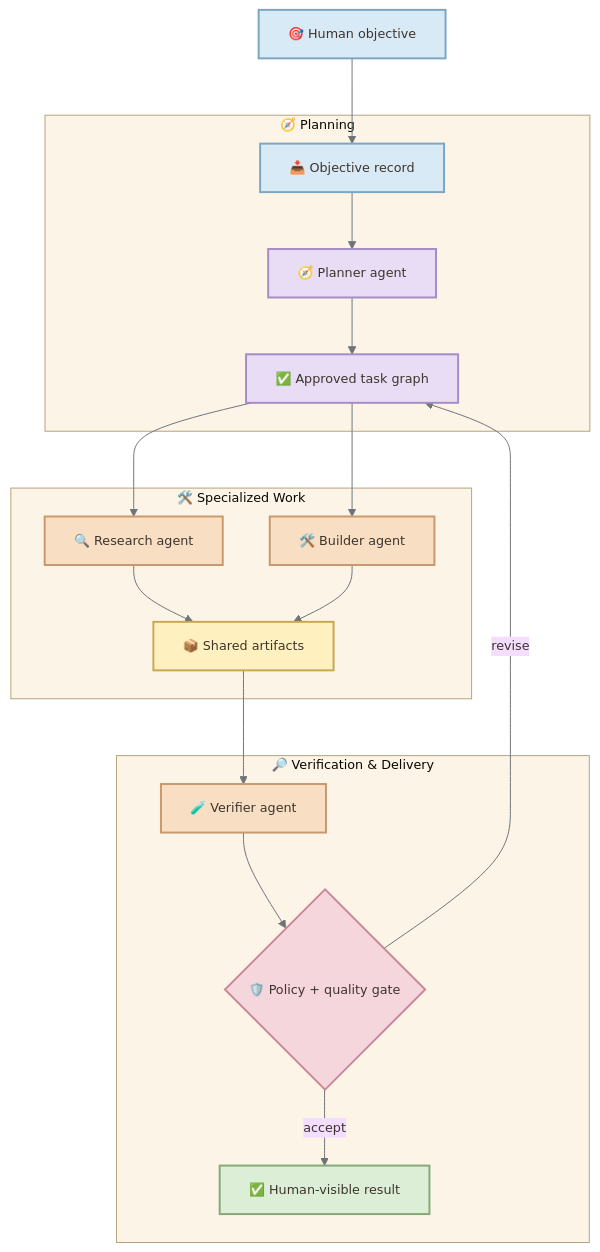
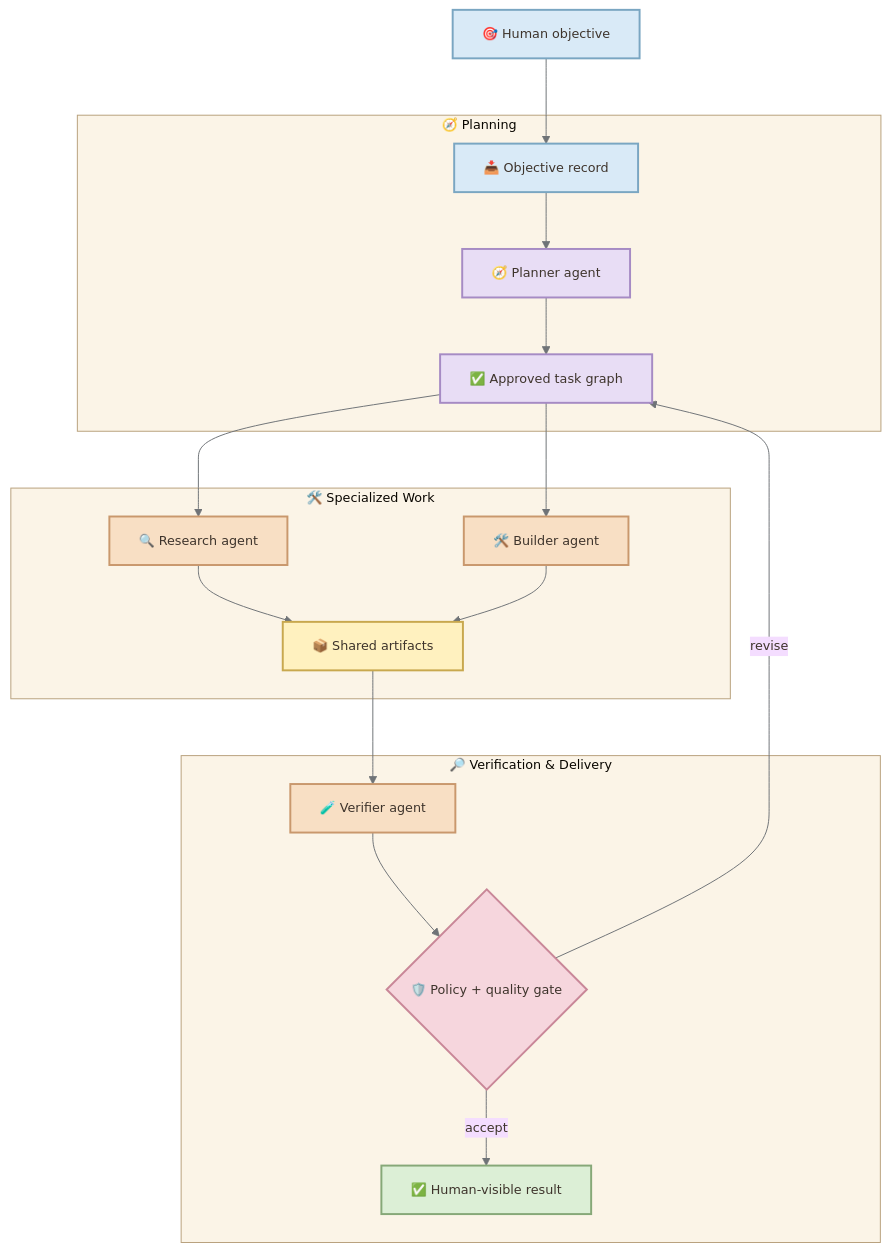
One commit to enogrob/enogrob.github.io changed the second of 3 diagrams in _posts/2026-09-23-the-agentic-monolith.md. Above: the diagram before and after it, drawn with Mermaid. The commit also changed other lines of this file and 1 other file, not shown here.

````diff
--- a/_posts/2026-09-23-the-agentic-monolith.md
+++ b/_posts/2026-09-23-the-agentic-monolith.md
@@ -277,33 +266,33 @@
 ```mermaid!
-%%{init: {'theme':'base','flowchart':{'useMaxWidth':true,'htmlLabels':true,'nodeSpacing':48,'rankSpacing':58,'curve':'basis'},'themeVariables':{'background':'#FFF8EF','primaryTextColor':'#3E342C','lineColor':'#6F7377','fontFamily':'Trebuchet MS, Verdana, sans-serif','fontSize':'13px','clusterBkg':'#FBF4E7','clusterBorder':'#B8A17D'}}}%%
+%%{init: {'theme':'base','flowchart':{'useMaxWidth':true,'htmlLabels':true,'nodeSpacing':180,'rankSpacing':58,'curve':'basis'},'themeVariables':{'background':'#FFF8EF','primaryTextColor':'#3E342C','lineColor':'#6F7377','fontFamily':'Trebuchet MS, Verdana, sans-serif','fontSize':'13px','clusterBkg':'#FBF4E7','clusterBorder':'#B8A17D'}}}%%
 flowchart TD
   U["🎯 Human objective"] --> O
   subgraph PLAN["🧭 Planning"]
     O["📥 Objective record"] --> P["🧭 Planner agent"]
     P --> T["✅ Approved task graph"]
   end
   subgraph WORK["🛠️ Specialized Work"]
     T --> R["🔍 Research agent"]
     T --> B["🛠️ Builder agent"]
     R --> A["📦 Shared artifacts"]
     B --> A
   end
   subgraph VERIFY["🔎 Verification & Delivery"]
     A --> V["🧪 Verifier agent"]
     V --> G{"🛡️ Policy + quality gate"}
     G -->|revise| T
     G -->|accept| D["✅ Human-visible result"]
   end
   classDef blue fill:#D9EAF7,stroke:#7AA6C2,color:#3E342C,stroke-width:2px;
   classDef purple fill:#E8DDF5,stroke:#A68BC4,color:#3E342C,stroke-width:2px;
   classDef orange fill:#F8DFC4,stroke:#C9986D,color:#3E342C,stroke-width:2px;
   classDef yellow fill:#FFF1BF,stroke:#C8A84E,color:#3E342C,stroke-width:2px;
   classDef rose fill:#F6D6DD,stroke:#C98798,color:#3E342C,stroke-width:2px;
   classDef green fill:#DCEFD6,stroke:#86A878,color:#3E342C,stroke-width:2px;
   class U,O blue;
   class P,T purple;
   class R,B,V orange;
   class A yellow;
   class G rose;
   class D green;
 ```
````
